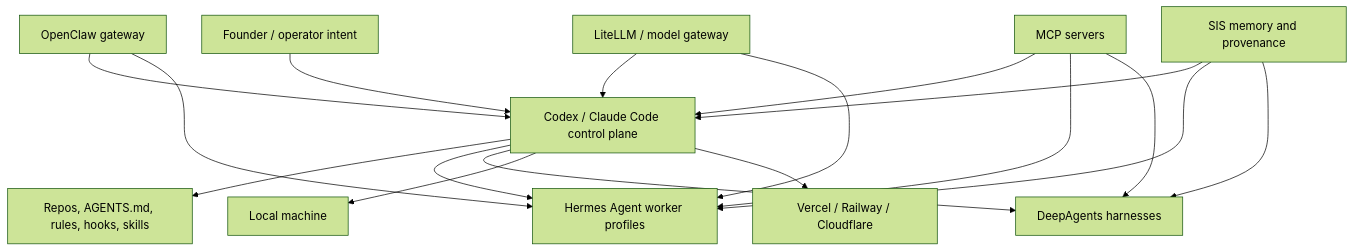
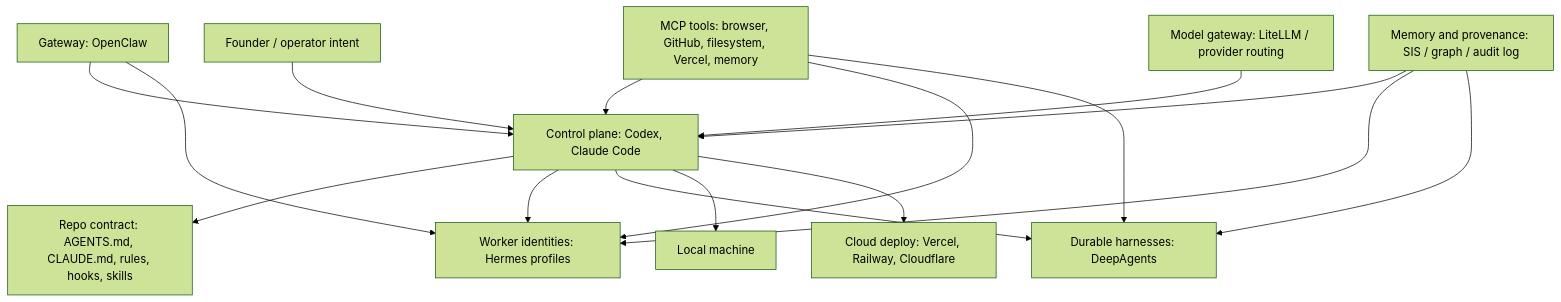
One commit to frankxai/agentic-architecture-field-guide changed the diagram in README.md. Above: the diagram before and after it, drawn with Mermaid (forest theme). The commit also changed other lines of this file and 7 other files, not shown here.

Commit message:
Deepen architecture field guide

````diff
--- a/README.md
+++ b/README.md
@@ -19,19 +41,18 @@
 ```mermaid
 flowchart TB
-  F["Founder / operator intent"] --> C["Codex / Claude Code control plane"]
-  C --> R["Repos, AGENTS.md, rules, hooks, skills"]
-  C --> H["Hermes Agent worker profiles"]
-  C --> D["DeepAgents harnesses"]
-  O["OpenClaw gateway"] --> C
-  O --> H
-  M["MCP servers"] --> C
-  M --> H
-  M --> D
-  L["LiteLLM / model gateway"] --> C
-  L --> H
-  S["SIS memory and provenance"] --> C
-  S --> H
-  S --> D
-  C --> P["Local machine"]
-  C --> V["Vercel / Railway / Cloudflare"]
+  operator["Founder / operator intent"] --> control["Control plane: Codex, Claude Code"]
+  control --> repo["Repo contract: AGENTS.md, CLAUDE.md, rules, hooks, skills"]
+  control --> workers["Worker identities: Hermes profiles"]
+  control --> harness["Durable harnesses: DeepAgents"]
+  gateway["Gateway: OpenClaw"] --> control
+  gateway --> workers
+  tools["MCP tools: browser, GitHub, filesystem, Vercel, memory"] --> control
+  tools --> workers
+  tools --> harness
+  models["Model gateway: LiteLLM / provider routing"] --> control
+  memory["Memory and provenance: SIS / graph / audit log"] --> control
+  memory --> workers
+  memory --> harness
+  control --> local["Local machine"]
+  control --> cloud["Cloud deploy: Vercel, Railway, Cloudflare"]
 ```
````
